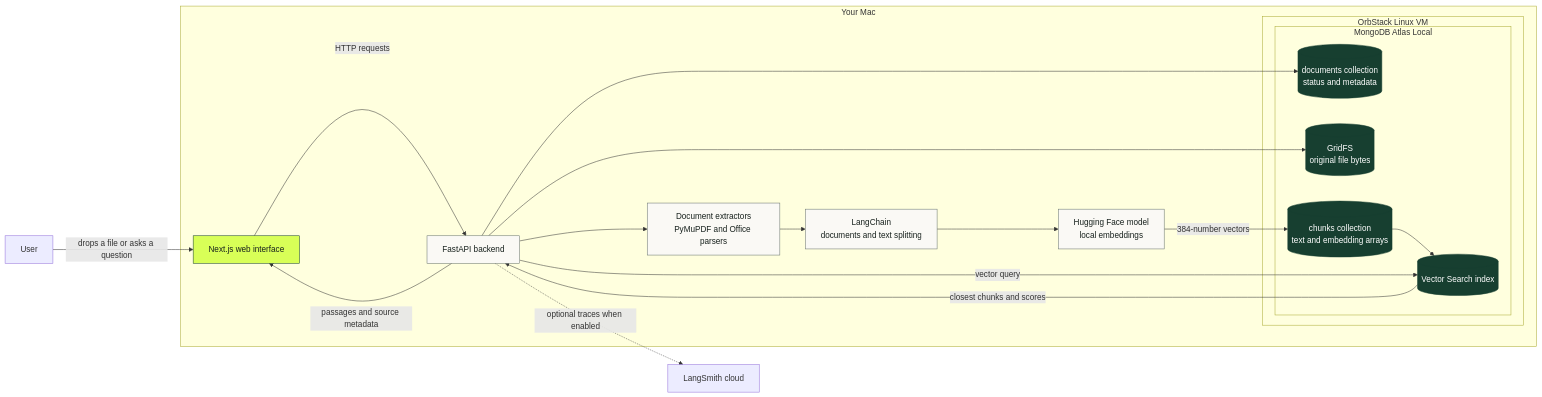
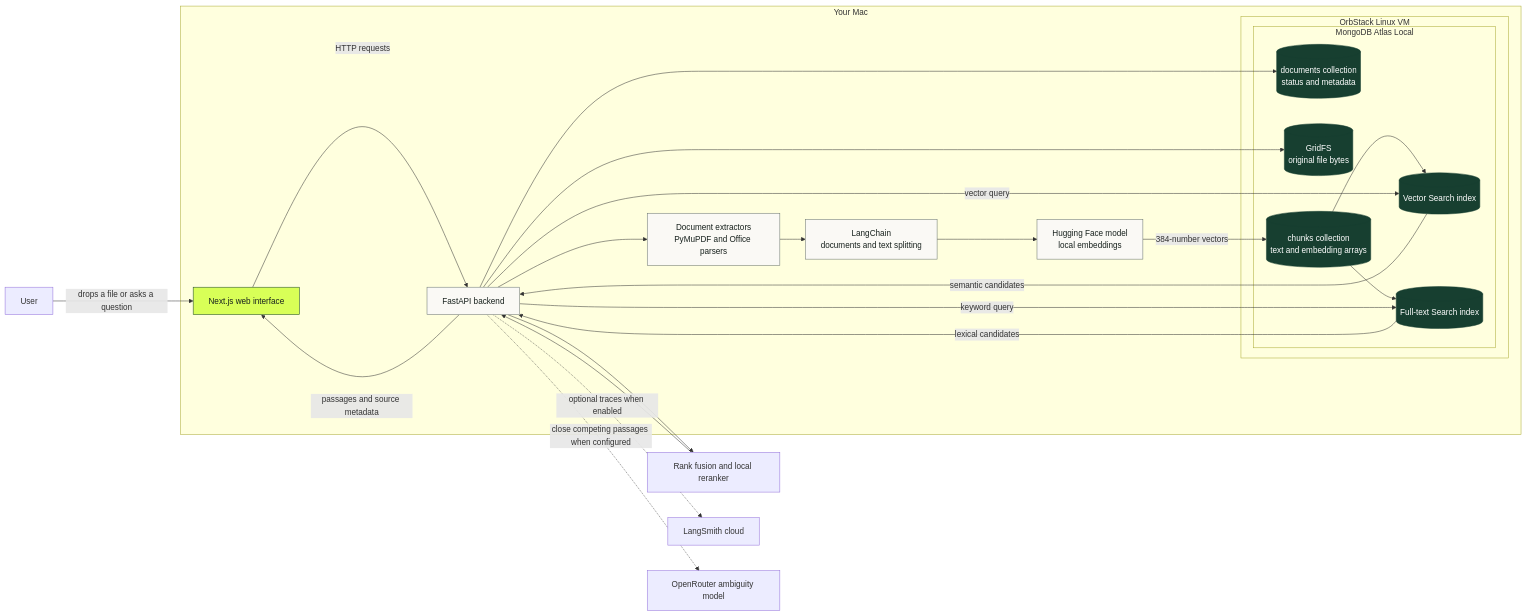
One commit to CodehanceHQ/rag-project changed the first of 2 diagrams in README.md. Above: the diagram before and after it, drawn with Mermaid. The commit also changed other lines of this file and 16 other files, not shown here.

````diff
--- a/README.md
+++ b/README.md
@@ -19,42 +20,49 @@
 ```mermaid
 flowchart LR
     U[User] -->|drops a file or asks a question| UI[Next.js web interface]
     UI -->|HTTP requests| API[FastAPI backend]
 
     subgraph MAC[Your Mac]
         UI
         API
         EX[Document extractors<br/>PyMuPDF and Office parsers]
         LC[LangChain<br/>documents and text splitting]
         HF[Hugging Face model<br/>local embeddings]
 
         subgraph ORB[OrbStack Linux VM]
             subgraph MONGO[MongoDB Atlas Local]
                 DOCS[(documents collection<br/>status and metadata)]
                 RAW[(GridFS<br/>original file bytes)]
                 CHUNKS[(chunks collection<br/>text and embedding arrays)]
-                INDEX[(Vector Search index)]
-                CHUNKS --> INDEX
+                VINDEX[(Vector Search index)]
+                TINDEX[(Full-text Search index)]
+                CHUNKS --> VINDEX
+                CHUNKS --> TINDEX
             end
         end
     end
 
     API --> EX
     EX --> LC
     LC --> HF
     API --> DOCS
     API --> RAW
     HF -->|384-number vectors| CHUNKS
-    API -->|vector query| INDEX
-    INDEX -->|closest chunks and scores| API
+    API -->|vector query| VINDEX
+    API -->|keyword query| TINDEX
+    VINDEX -->|semantic candidates| API
+    TINDEX -->|lexical candidates| API
+    API --> RR[Rank fusion and local reranker]
+    RR --> API
     API -->|passages and source metadata| UI
 
     API -. optional traces when enabled .-> LS[LangSmith cloud]
+    API -. close competing passages when configured .-> OR[OpenRouter ambiguity model]
 
     classDef interface fill:#d8ff57,stroke:#173f30,color:#17211d;
     classDef service fill:#faf9f5,stroke:#66716b,color:#17211d;
     classDef storage fill:#173f30,stroke:#173f30,color:#ffffff;
     class UI interface;
     class API,EX,LC,HF service;
-    class DOCS,RAW,CHUNKS,INDEX storage;
+    class DOCS,RAW,CHUNKS,VINDEX,TINDEX storage;
 ```
````
